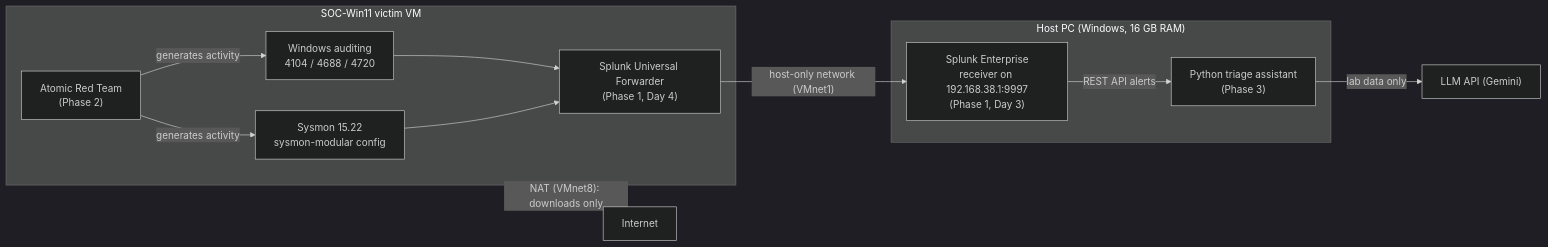
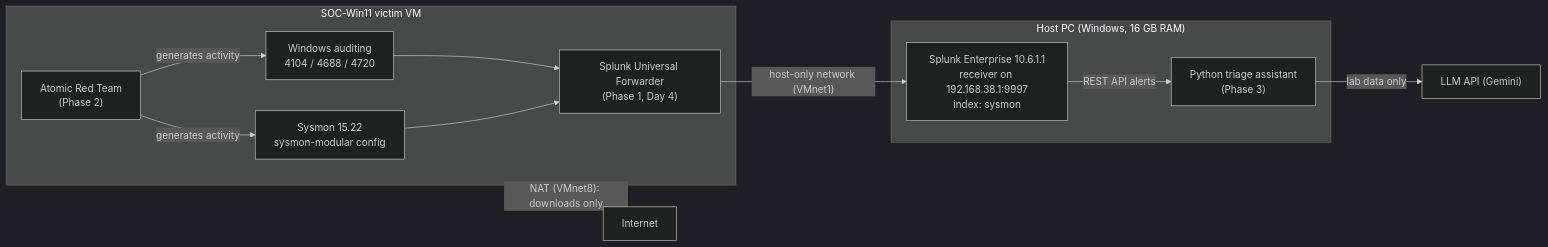
Before and after one commit to ancientbrain/ai-soc-detection-lab: the diagram in reports/project-report.md, drawn with Mermaid (dark theme). The commit also changed other lines of this file and 3 other files, not shown here.

Commit message:
Day 3: Splunk Enterprise receiver, sysmon index, add-ons, report v0.3

````diff
--- a/reports/project-report.md
+++ b/reports/project-report.md
@@ -83,21 +83,21 @@
 ```mermaid
 flowchart LR
     subgraph Host["Host PC (Windows, 16 GB RAM)"]
-        SPL["Splunk Enterprise<br/>receiver on 192.168.38.1:9997<br/>(Phase 1, Day 3)"]
+        SPL["Splunk Enterprise 10.6.1.1<br/>receiver on 192.168.38.1:9997<br/>index: sysmon"]
         PY["Python triage assistant<br/>(Phase 3)"]
     end
     subgraph VM["SOC-Win11 victim VM"]
         SYS["Sysmon 15.22<br/>sysmon-modular config"]
         WIN["Windows auditing<br/>4104 / 4688 / 4720"]
         UF["Splunk Universal Forwarder<br/>(Phase 1, Day 4)"]
         ART["Atomic Red Team<br/>(Phase 2)"]
     end
     ART -- generates activity --> SYS
     ART -- generates activity --> WIN
     SYS --> UF
     WIN --> UF
     UF -- "host-only network (VMnet1)" --> SPL
     SPL -- "REST API alerts" --> PY
     PY -- "lab data only" --> LLM["LLM API (Gemini)"]
     VM -. "NAT (VMnet8): downloads only" .-> NET["Internet"]
 ```
````
